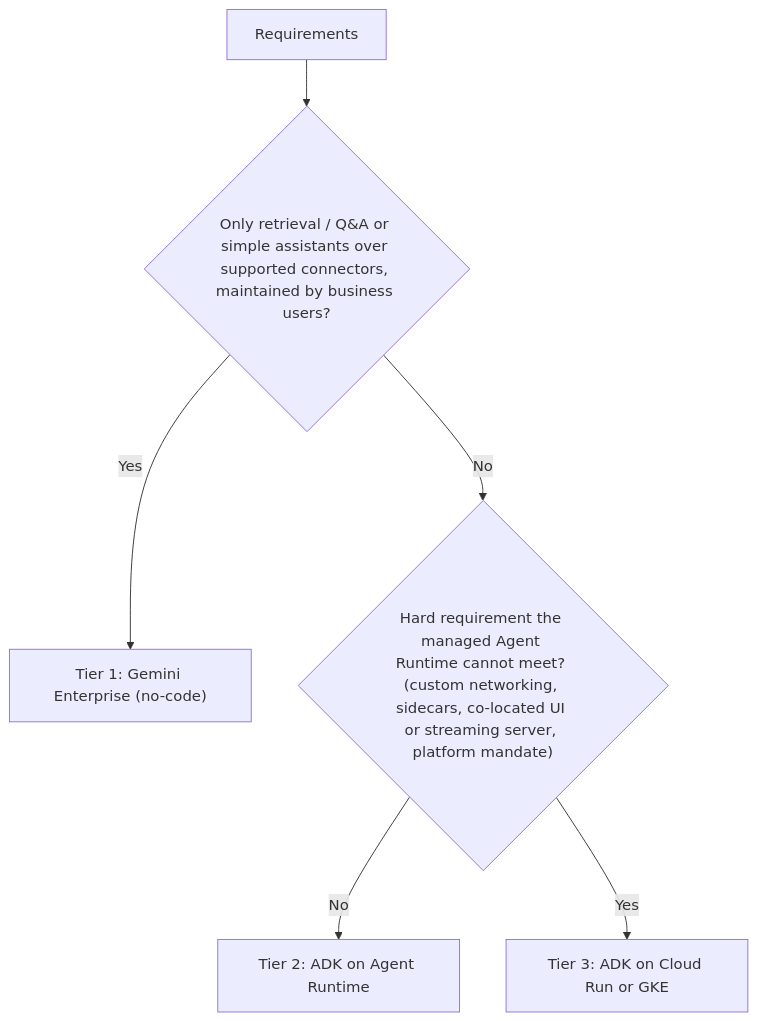
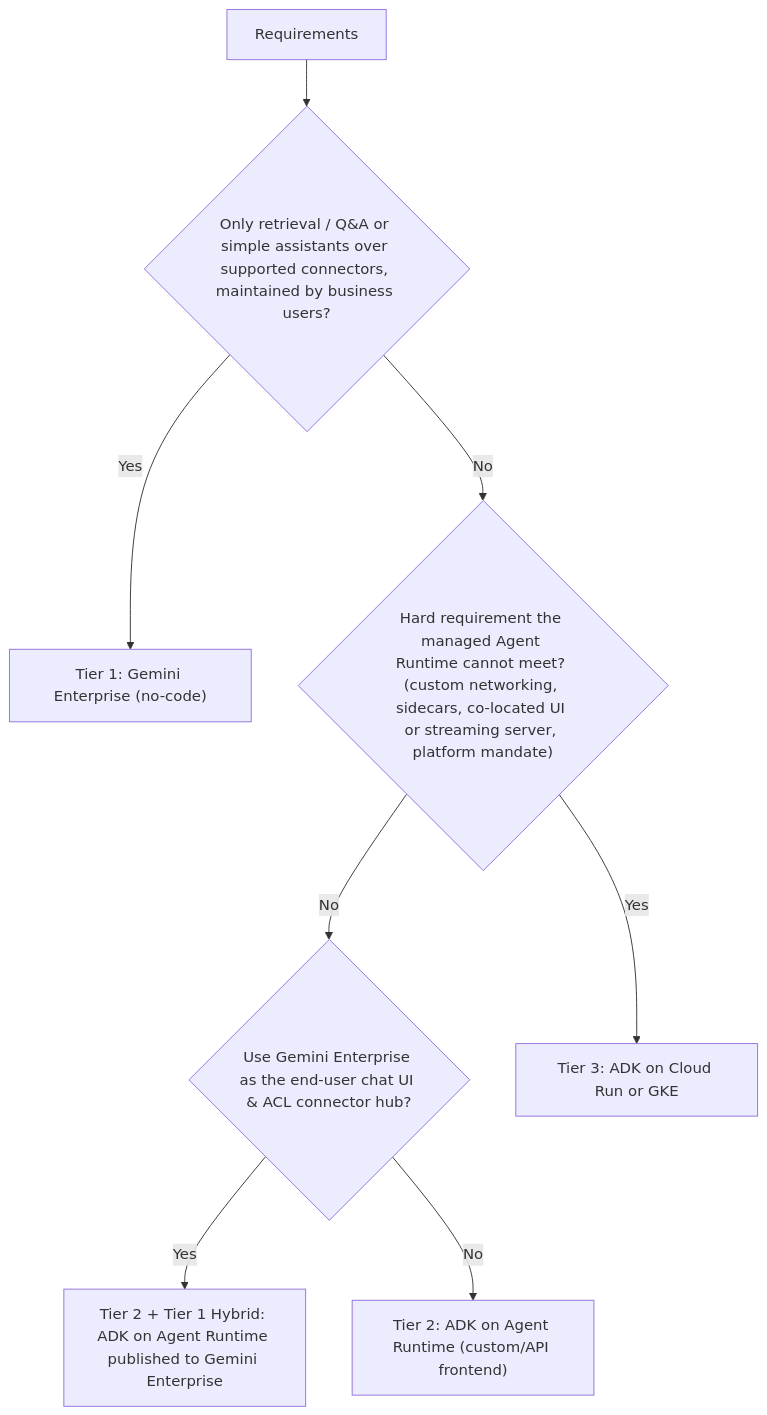
The diagram in skills/gcp-agent-architecture-advisor/SKILL.md (enriquekalven/delta-skills), drawn with Mermaid before and after one commit. The commit also changed other lines of this file and 8 other files, not shown here.

Commit message:
fix(skills): harden calculate_roi.py, call_opus_model_garden.py, and architecture advisor

````diff
--- a/skills/gcp-agent-architecture-advisor/SKILL.md
+++ b/skills/gcp-agent-architecture-advisor/SKILL.md
@@ -55,8 +56,10 @@
 ```mermaid
 graph TD
     A["Requirements"] --> B{"Only retrieval / Q&A or simple assistants over supported connectors, maintained by business users?"}
     B -- "Yes" --> T1["Tier 1: Gemini Enterprise (no-code)"]
     B -- "No" --> C{"Hard requirement the managed Agent Runtime cannot meet? (custom networking, sidecars, co-located UI or streaming server, platform mandate)"}
-    C -- "No" --> T2["Tier 2: ADK on Agent Runtime"]
+    C -- "No" --> D{"Use Gemini Enterprise as the end-user chat UI & ACL connector hub?"}
+    D -- "Yes" --> T2H["Tier 2 + Tier 1 Hybrid: ADK on Agent Runtime published to Gemini Enterprise"]
+    D -- "No" --> T2["Tier 2: ADK on Agent Runtime (custom/API frontend)"]
     C -- "Yes" --> T3["Tier 3: ADK on Cloud Run or GKE"]
 ```
````
